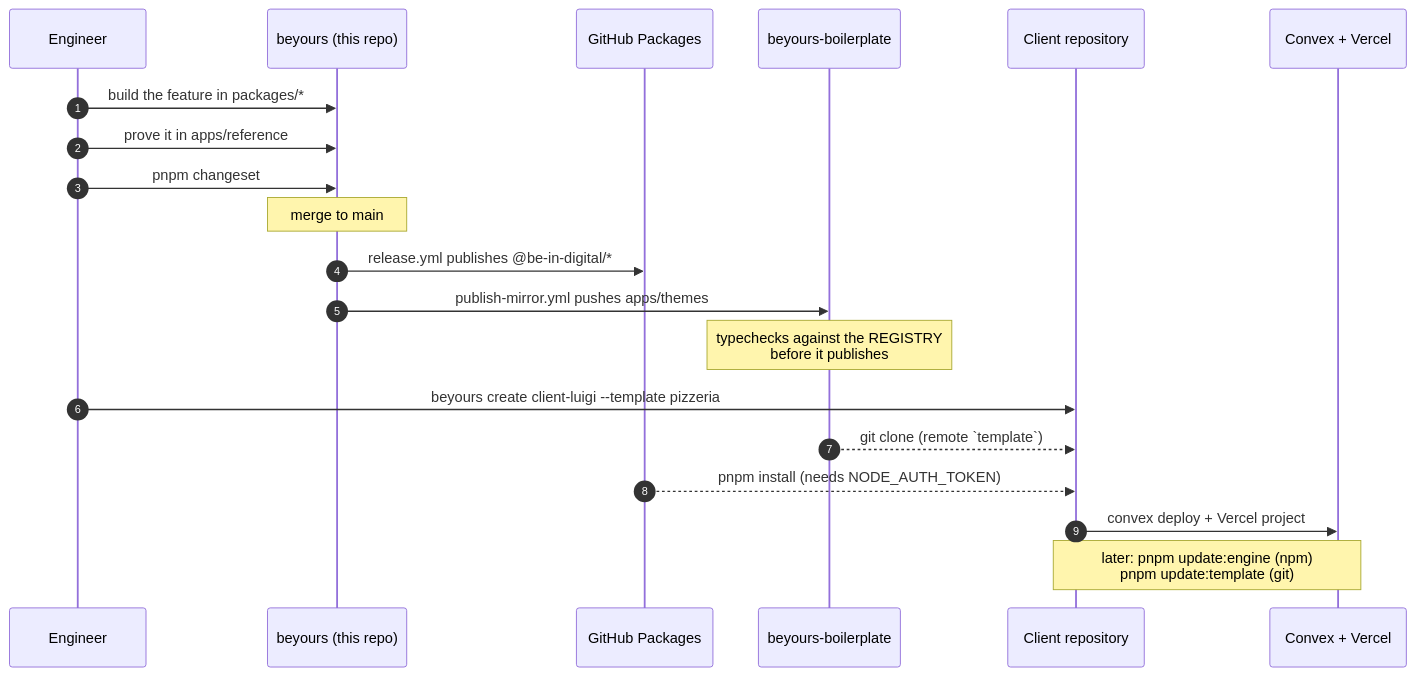
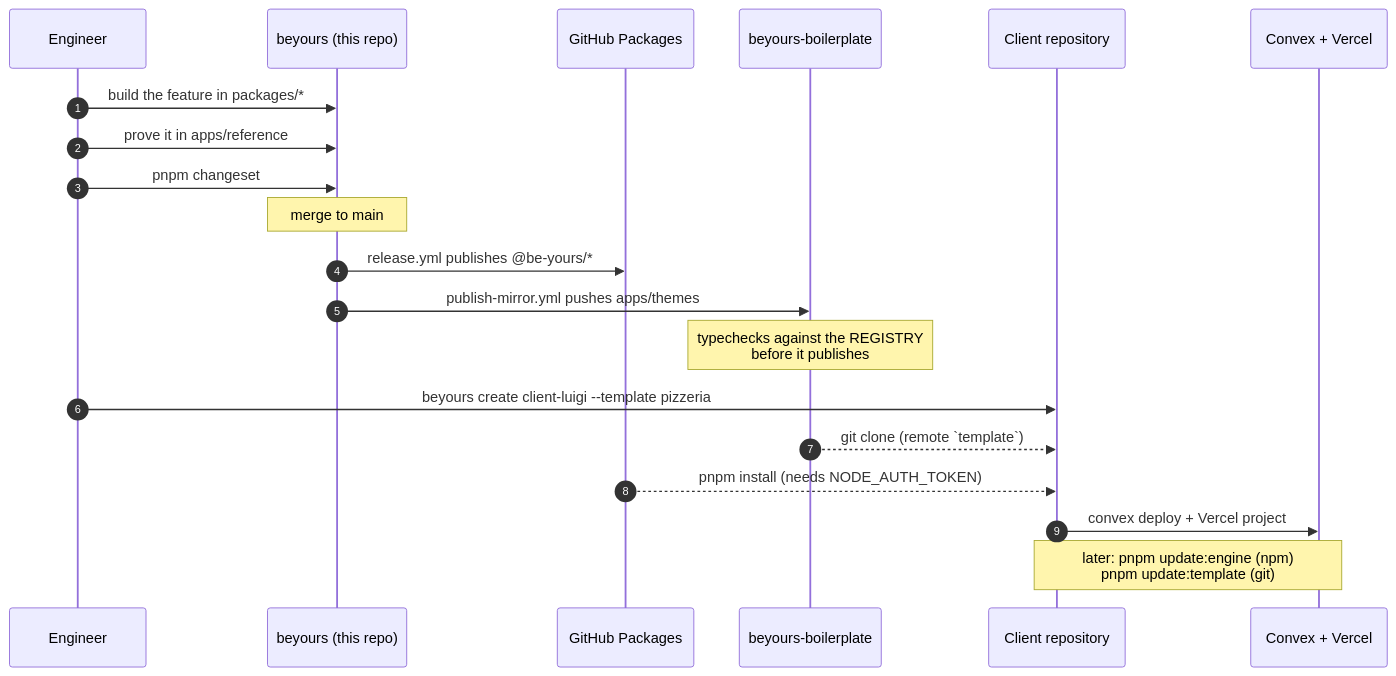
Before and after one commit to be-in-digital/beyours: the second of 5 diagrams in README.md, drawn with Mermaid. The commit also changed other lines of this file and 1131 other files, not shown here.

First line of the commit message:
Rename the engine to @be-yours at 1.0.0, and hold its first release (#572)

````diff
--- a/README.md
+++ b/README.md
@@ -266,23 +280,23 @@
 ```mermaid
 sequenceDiagram
     autonumber
     participant Dev as Engineer
     participant Repo as beyours (this repo)
     participant Reg as GitHub Packages
     participant Mir as beyours-boilerplate
     participant Cli as Client repository
     participant Cvx as Convex + Vercel
 
     Dev->>Repo: build the feature in packages/*
     Dev->>Repo: prove it in apps/reference
     Dev->>Repo: pnpm changeset
     Note over Repo: merge to main
-    Repo->>Reg: release.yml publishes @be-in-digital/*
+    Repo->>Reg: release.yml publishes @be-yours/*
     Repo->>Mir: publish-mirror.yml pushes apps/themes
     Note over Mir: typechecks against the REGISTRY<br/>before it publishes
     Dev->>Cli: beyours create client-luigi --template pizzeria
     Mir-->>Cli: git clone (remote `template`)
     Reg-->>Cli: pnpm install (needs NODE_AUTH_TOKEN)
     Cli->>Cvx: convex deploy + Vercel project
     Note over Cli,Cvx: later: pnpm update:engine (npm)<br/>pnpm update:template (git)
 ```
````
